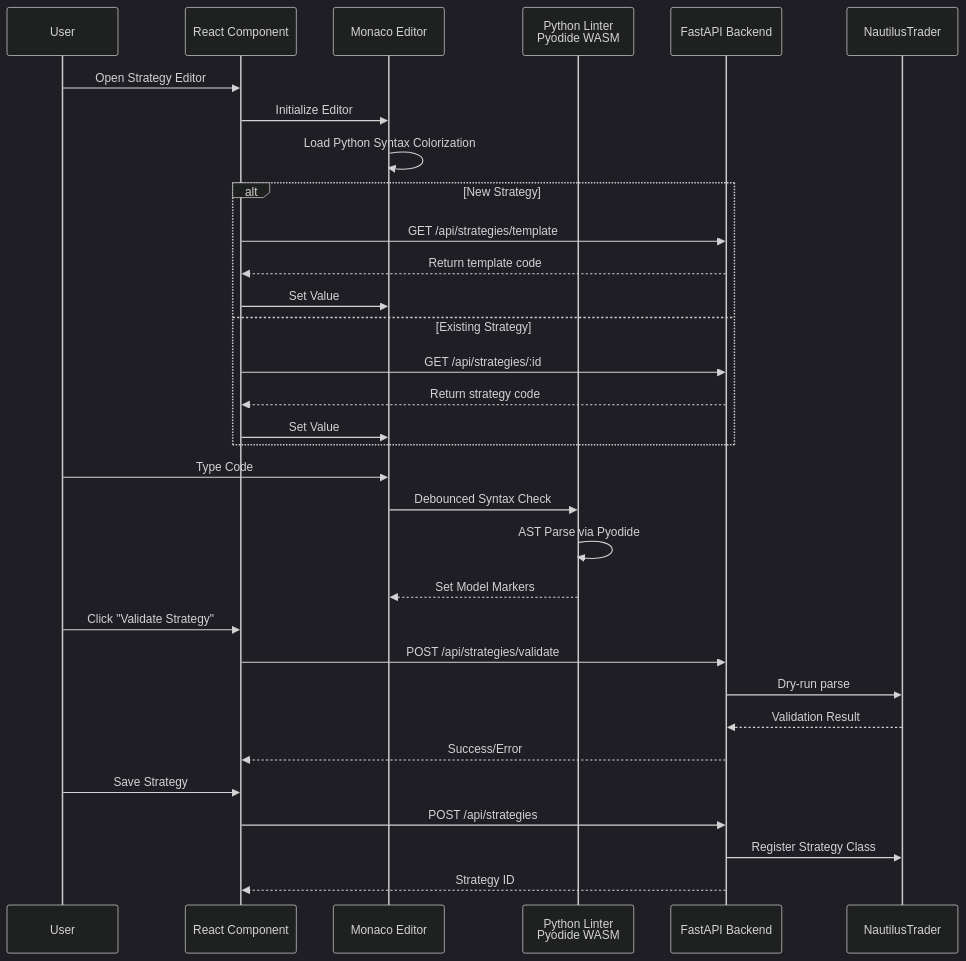
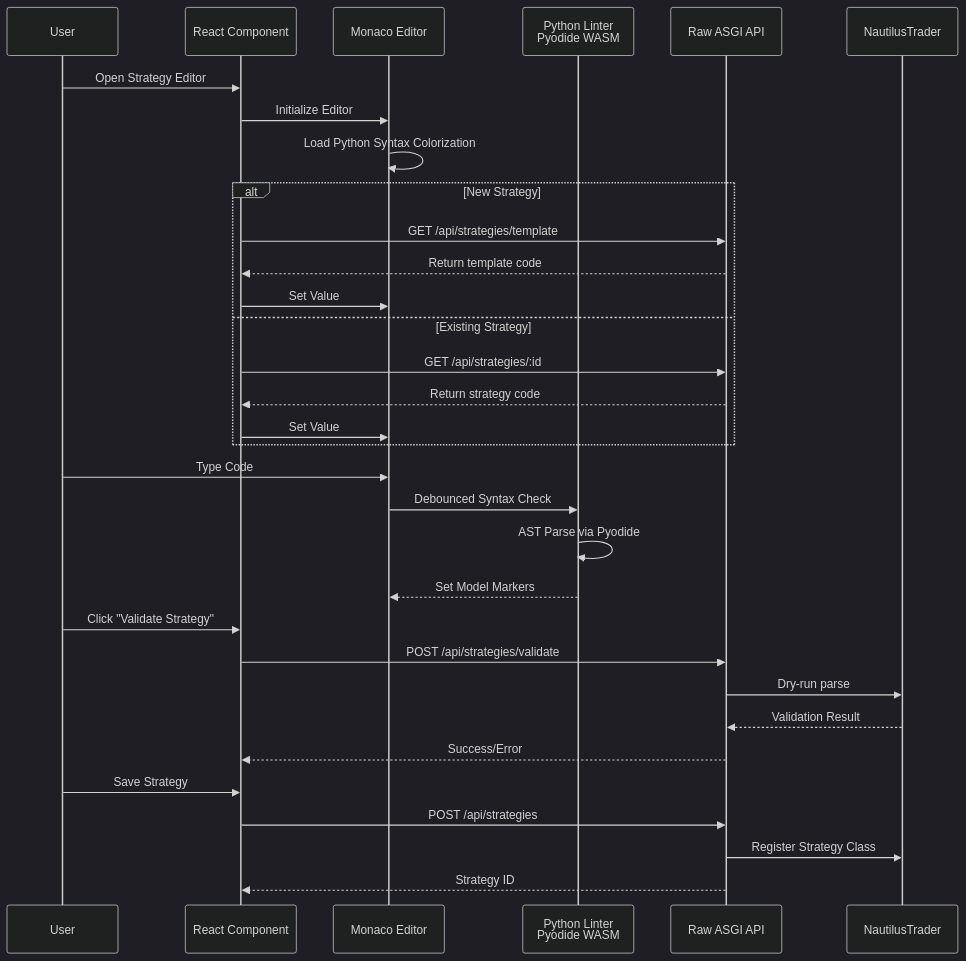
One commit to huydhoang/quantlens-docs changed the third of 9 diagrams in ARCHITECTURE.md. Above: the diagram before and after it, drawn with Mermaid (dark theme). The commit also changed other lines of this file and 11 other files, not shown here.

Commit message:
Rename asgi_web_server.md to backend_server.md and update all docs

````diff
--- a/ARCHITECTURE.md
+++ b/ARCHITECTURE.md
@@ -93,39 +93,39 @@
 ```mermaid
 sequenceDiagram
     participant User
     participant React as React Component
     participant Monaco as Monaco Editor
     participant PyLinter as Python Linter<br/>Pyodide WASM
-    participant FastAPI as FastAPI Backend
+    participant API as Raw ASGI API
     participant Nautilus as NautilusTrader
     
     User->>React: Open Strategy Editor
     React->>Monaco: Initialize Editor
     Monaco->>Monaco: Load Python Syntax Colorization
     
     alt New Strategy
-        React->>FastAPI: GET /api/strategies/template
-        FastAPI-->>React: Return template code
+        React->>API: GET /api/strategies/template
+        API-->>React: Return template code
         React->>Monaco: Set Value
     else Existing Strategy
-        React->>FastAPI: GET /api/strategies/:id
-        FastAPI-->>React: Return strategy code
+        React->>API: GET /api/strategies/:id
+        API-->>React: Return strategy code
         React->>Monaco: Set Value
     end
     
     User->>Monaco: Type Code
     Monaco->>PyLinter: Debounced Syntax Check
     PyLinter->>PyLinter: AST Parse via Pyodide
     PyLinter-->>Monaco: Set Model Markers
     
     User->>React: Click "Validate Strategy"
-    React->>FastAPI: POST /api/strategies/validate
-    FastAPI->>Nautilus: Dry-run parse
-    Nautilus-->>FastAPI: Validation Result
-    FastAPI-->>React: Success/Error
+    React->>API: POST /api/strategies/validate
+    API->>Nautilus: Dry-run parse
+    Nautilus-->>API: Validation Result
+    API-->>React: Success/Error
     
     User->>React: Save Strategy
-    React->>FastAPI: POST /api/strategies
-    FastAPI->>Nautilus: Register Strategy Class
-    FastAPI-->>React: Strategy ID
+    React->>API: POST /api/strategies
+    API->>Nautilus: Register Strategy Class
+    API-->>React: Strategy ID
 ```
````
